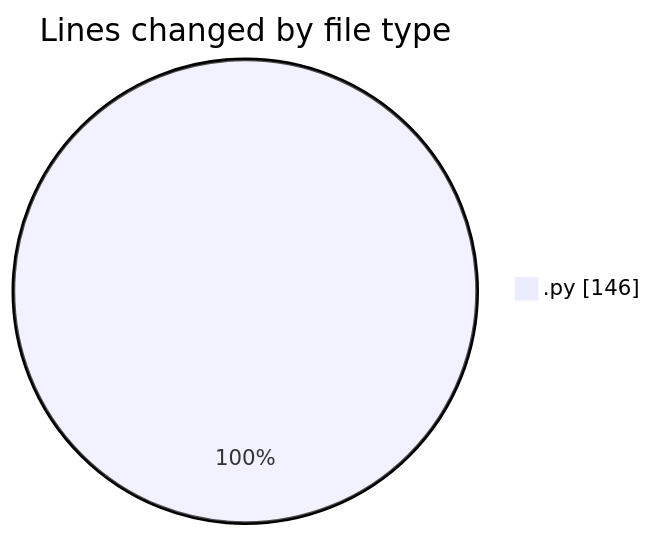
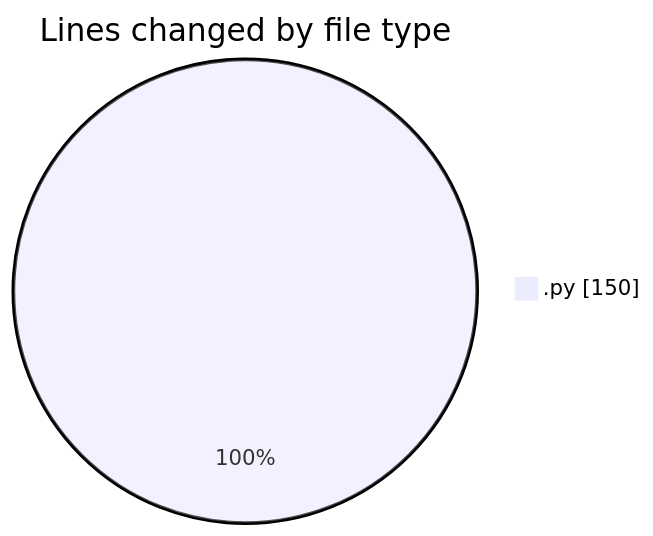
Before and after one commit to julien-gomy/code-tracking: the first of 2 diagrams in 2025-11-18/eventscop-api-guide__workspace_/README.md, drawn with Mermaid. The commit also changed other lines of this file and 1 other file, not shown here.

````diff
--- a/2025-11-18/eventscop-api-guide__workspace_/README.md
+++ b/2025-11-18/eventscop-api-guide__workspace_/README.md
@@ -22,5 +22,5 @@
 ```mermaid
 pie showData
 title Lines changed by file type
-".py" : 146
+".py" : 150
 ```
````
